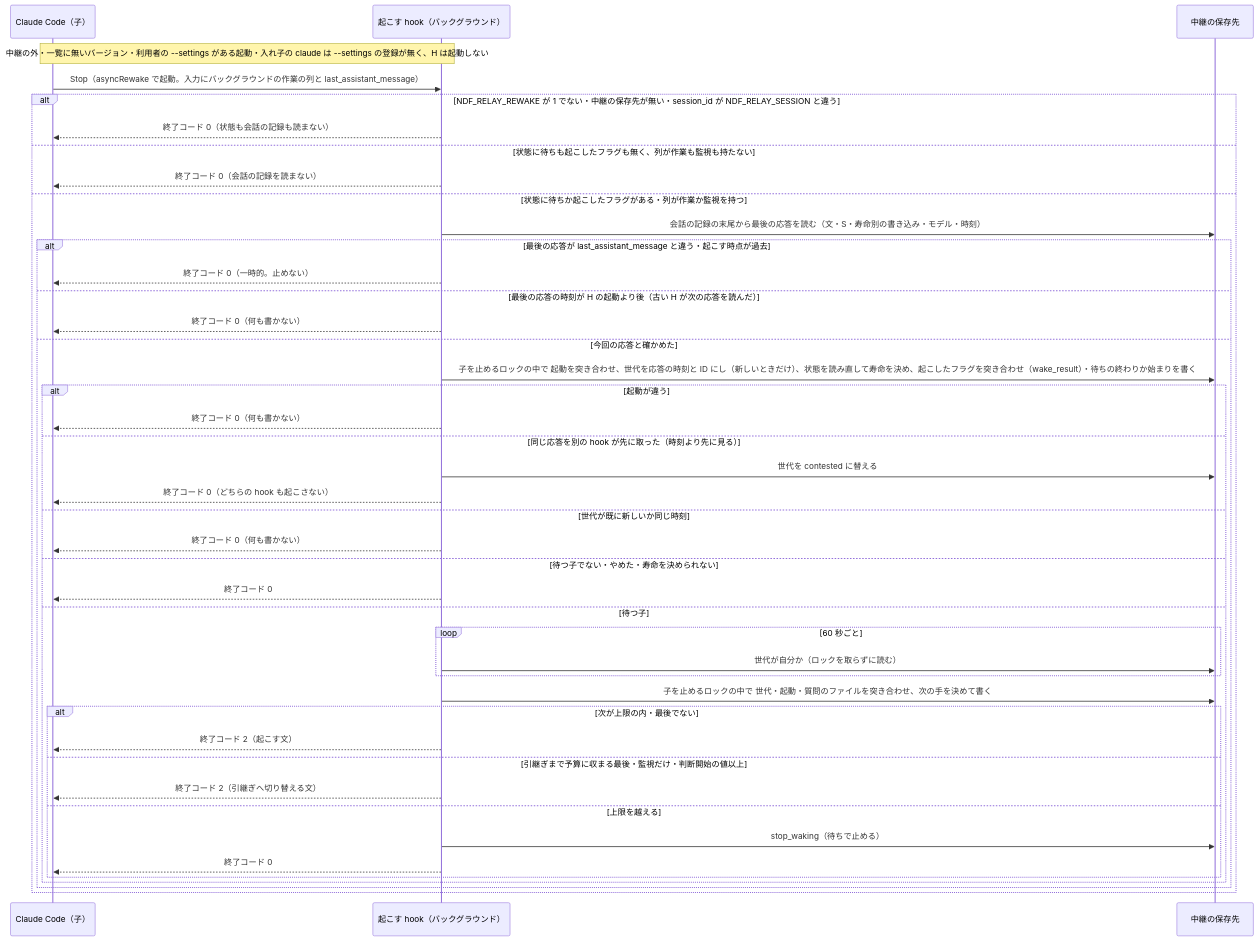
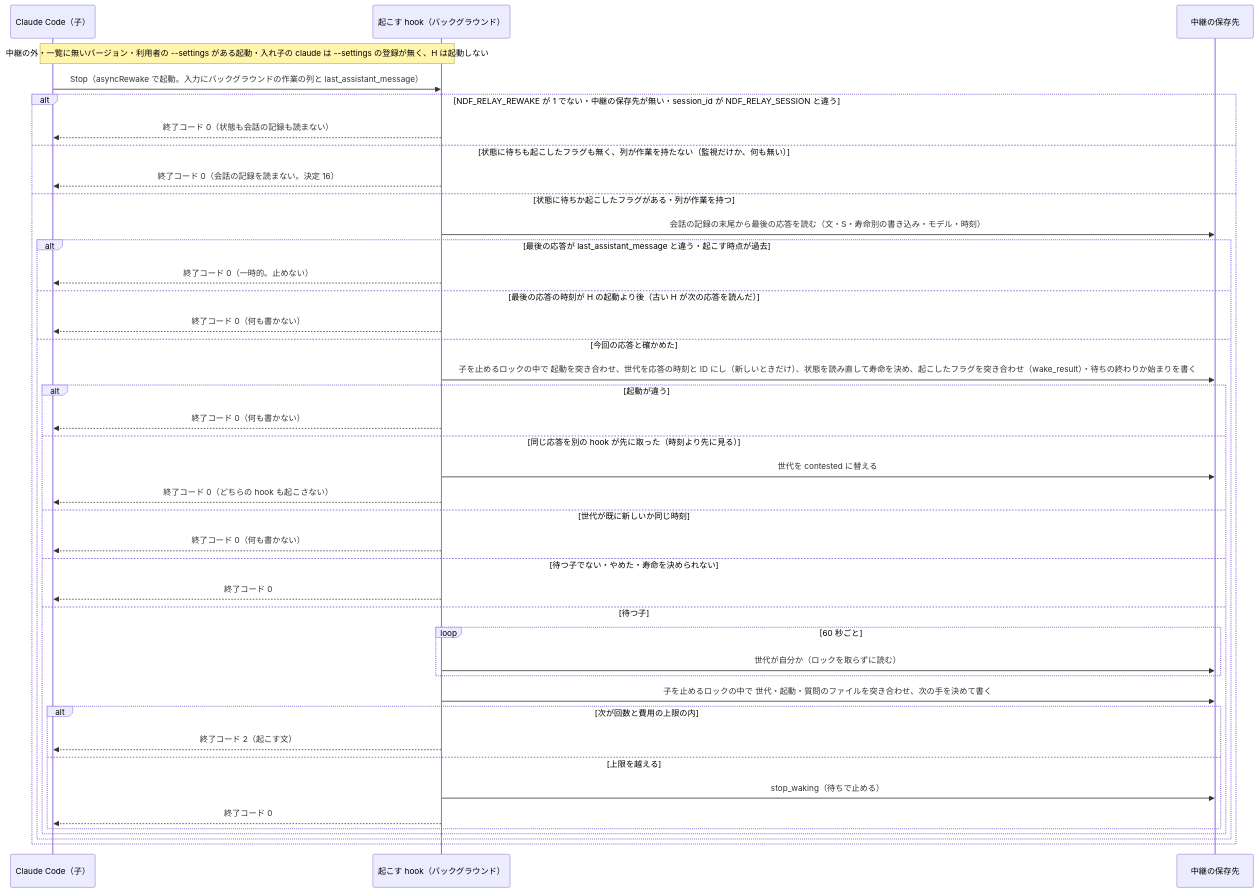
One commit to devbasex/ai-plugins changed the second of 2 diagrams in issues/issue-4068-4199-design.md. Above: the diagram before and after it, drawn with Mermaid. The commit also changed other lines of this file and 4 other files, not shown here.

````diff
--- a/issues/issue-4068-4199-design.md
+++ b/issues/issue-4068-4199-design.md
@@ -179,45 +180,43 @@
 ```mermaid
 sequenceDiagram
   participant CC as Claude Code（子）
   participant H as 起こす hook（バックグラウンド）
   participant F as 中継の保存先
   Note over CC,H: 中継の外・一覧に無いバージョン・利用者の --settings がある起動・入れ子の claude は --settings の登録が無く、H は起動しない
   CC->>H: Stop（asyncRewake で起動。入力にバックグラウンドの作業の列と last_assistant_message）
   alt NDF_RELAY_REWAKE が 1 でない・中継の保存先が無い・session_id が NDF_RELAY_SESSION と違う
     H-->>CC: 終了コード 0（状態も会話の記録も読まない）
-  else 状態に待ちも起こしたフラグも無く、列が作業も監視も持たない
-    H-->>CC: 終了コード 0（会話の記録を読まない）
-  else 状態に待ちか起こしたフラグがある・列が作業か監視を持つ
+  else 状態に待ちも起こしたフラグも無く、列が作業を持たない（監視だけか、何も無い）
+    H-->>CC: 終了コード 0（会話の記録を読まない。決定 16）
+  else 状態に待ちか起こしたフラグがある・列が作業を持つ
     H->>F: 会話の記録の末尾から最後の応答を読む（文・S・寿命別の書き込み・モデル・時刻）
     alt 最後の応答が last_assistant_message と違う・起こす時点が過去
       H-->>CC: 終了コード 0（一時的。止めない）
     else 最後の応答の時刻が H の起動より後（古い H が次の応答を読んだ）
       H-->>CC: 終了コード 0（何も書かない）
     else 今回の応答と確かめた
       H->>F: 子を止めるロックの中で 起動を突き合わせ、世代を応答の時刻と ID にし（新しいときだけ）、状態を読み直して寿命を決め、起こしたフラグを突き合わせ（wake_result）・待ちの終わりか始まりを書く
       alt 起動が違う
         H-->>CC: 終了コード 0（何も書かない）
       else 同じ応答を別の hook が先に取った（時刻より先に見る）
         H->>F: 世代を contested に替える
         H-->>CC: 終了コード 0（どちらの hook も起こさない）
       else 世代が既に新しいか同じ時刻
         H-->>CC: 終了コード 0（何も書かない）
       else 待つ子でない・やめた・寿命を決められない
         H-->>CC: 終了コード 0
       else 待つ子
         loop 60 秒ごと
           H->>F: 世代が自分か（ロックを取らずに読む）
         end
         H->>F: 子を止めるロックの中で 世代・起動・質問のファイルを突き合わせ、次の手を決めて書く
-        alt 次が上限の内・最後でない
+        alt 次が回数と費用の上限の内
           H-->>CC: 終了コード 2（起こす文）
-        else 引継ぎまで予算に収まる最後・監視だけ・判断開始の値以上
-          H-->>CC: 終了コード 2（引継ぎへ切り替える文）
         else 上限を越える
           H->>F: stop_waking（待ちで止める）
           H-->>CC: 終了コード 0
         end
       end
     end
   end
 ```
````
